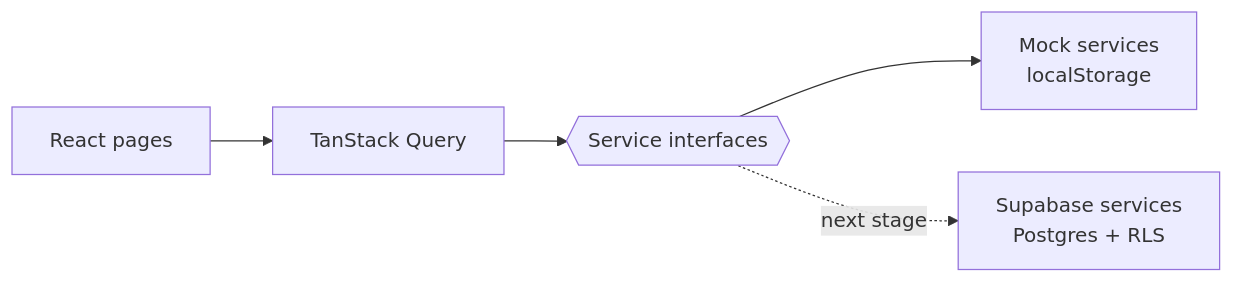
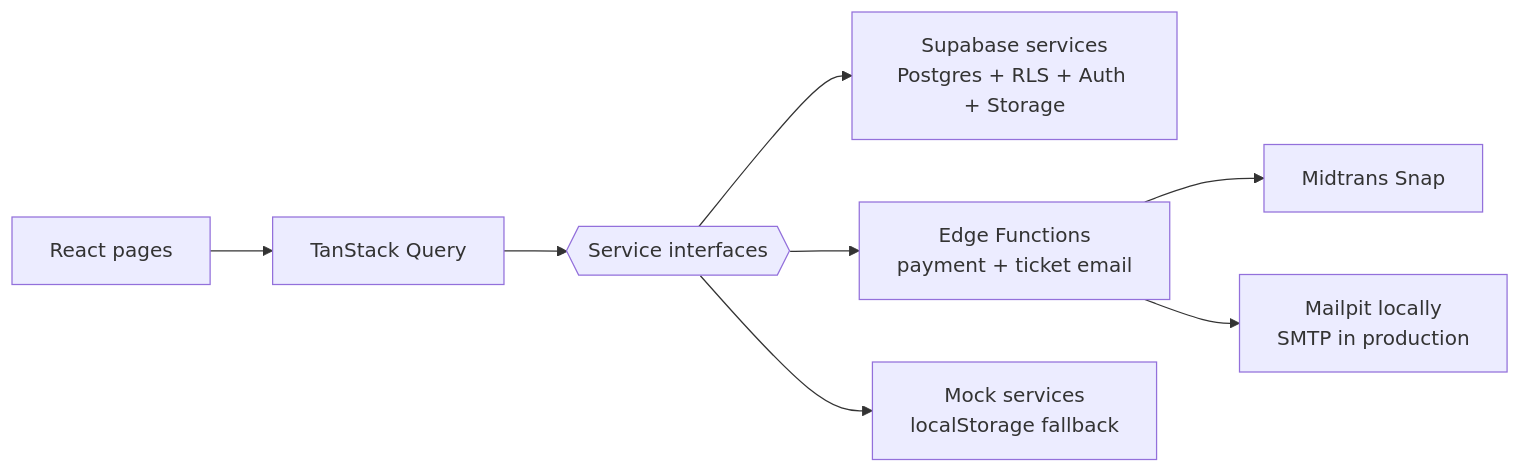
One commit to native-99/tixly changed the first of 2 diagrams in README.md. Above: the diagram before and after it, drawn with Mermaid. The commit also changed other lines of this file and 103 other files, not shown here.

````diff
--- a/README.md
+++ b/README.md
@@ -50,7 +66,10 @@
 ```mermaid
 flowchart LR
   UI[React pages] --> Q[TanStack Query]
   Q --> S{{Service interfaces}}
-  S --> M[Mock services<br/>localStorage]
-  S -. next stage .-> SB[Supabase services<br/>Postgres + RLS]
+  S --> SB[Supabase services<br/>Postgres + RLS + Auth + Storage]
+  S --> EF[Edge Functions<br/>payment + ticket email]
+  S --> M[Mock services<br/>localStorage fallback]
+  EF --> MT[Midtrans Snap]
+  EF --> SMTP[Mailpit locally<br/>SMTP in production]
 ```
````
